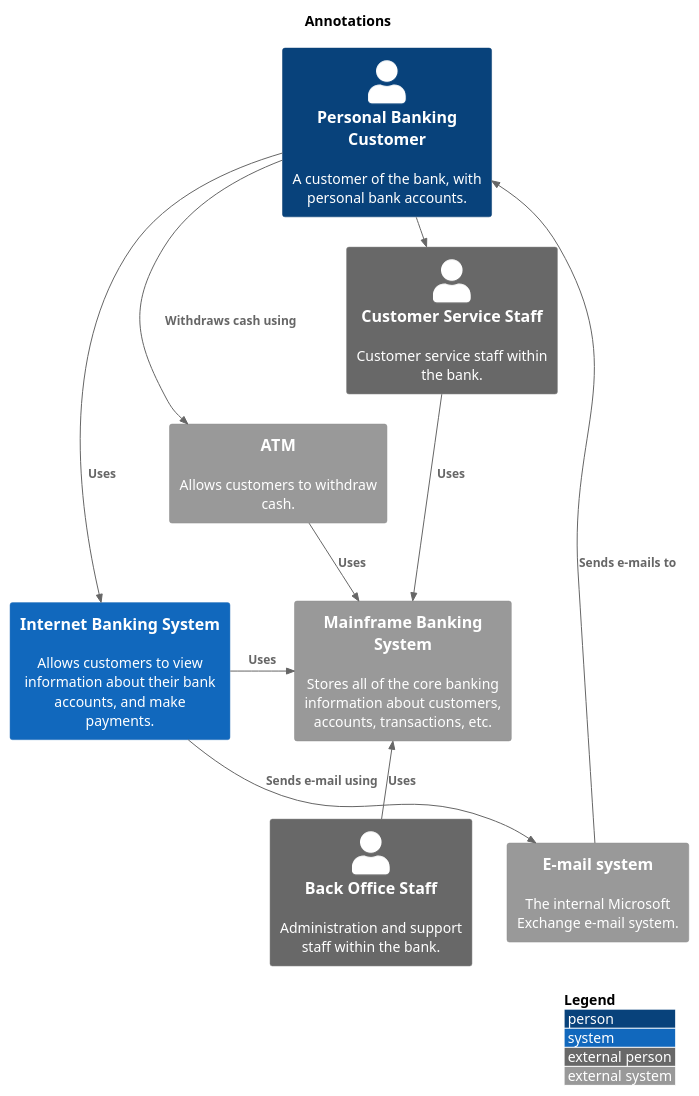
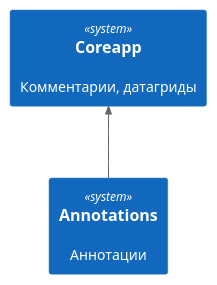
Before and after one commit to lulya31/some: the diagram in static/05_01_01_02_img/annotations.puml, drawn with PlantUML. The commit also changed other lines of this file and 60 other files, not shown here.

```diff
--- a/static/05_01_01_02_img/annotations.puml
+++ b/static/05_01_01_02_img/annotations.puml
@@ -4,50 +4,34 @@
 @startuml
 
 '!include https://raw.githubusercontent.com/plantuml-stdlib/C4-PlantUML/master/C4_Context.puml
 
 ' uncomment the following line and comment the first to use locally
 ' !include C4_Context.puml
 
 !include static/includes/c4_context.puml
+!include static/includes/c4_container.puml
 
-skinparam svgLinkTarget _blank
+'left to right direction
 
-'LAYOUT_TOP_DOWN()
+'skinparam svgLinkTarget _blank
+skinparam backgroundcolor transparent
+
+<style>
+System {
+    MinimumWidth 300
+    MinimumHeight 150
+}
+</style>
+
+LAYOUT_TOP_DOWN()
 
 'LAYOUT_AS_SKETCH()
+'LAYOUT_WITH_LEGEND()
+'LAYOUT_LANDSCAPE()
 
-LAYOUT_WITH_LEGEND()
+System(coreapp, "Coreapp", "Комментарии, датагриды", $link="/05_c4/01_core/01_coreapp/")
+System(annotations, "Annotations", "Аннотации")
 
-title Annotations
+Rel_U(annotations, coreapp, "")
 
-Person(customer, Personal Banking Customer, "A customer of the bank, with personal bank accounts.", $link="https://github.com/plantuml-stdlib/C4-PlantUML")
-
-'Enterprise_Boundary(c0, "Big Bank plc") {
-    System(banking_system, "Internet Banking System", "Allows customers to view information about their bank accounts, and make payments.")
-
-    System_Ext(atm, "ATM", "Allows customers to withdraw cash.")
-    System_Ext(mail_system, "E-mail system", "The internal Microsoft Exchange e-mail system.")
-
-    System_Ext(mainframe, "Mainframe Banking System", "Stores all of the core banking information about customers, accounts, transactions, etc.")
-
-    Person_Ext(customer_service, "Customer Service Staff", "Customer service staff within the bank.")
-    Person_Ext(back_office, "Back Office Staff", "Administration and support staff within the bank.")
-'}
-
-Rel_Neighbor(customer, banking_system, "Uses")
-Rel_R(customer, atm, "Withdraws cash using")
-Rel_Back(customer, mail_system, "Sends e-mails to")
-
-Rel_R(customer, customer_service, "Asks questions to", "Telephone")
-
-Rel_D(banking_system, mail_system, "Sends e-mail using")
-Rel_R(atm, mainframe, "Uses")
-Rel_R(banking_system, mainframe, "Uses")
-Rel_D(customer_service, mainframe, "Uses")
-Rel_U(back_office, mainframe, "Uses")
-
-Lay_D(atm, banking_system)
-
-Lay_D(atm, customer)
-Lay_U(mail_system, customer)
 @enduml
```
